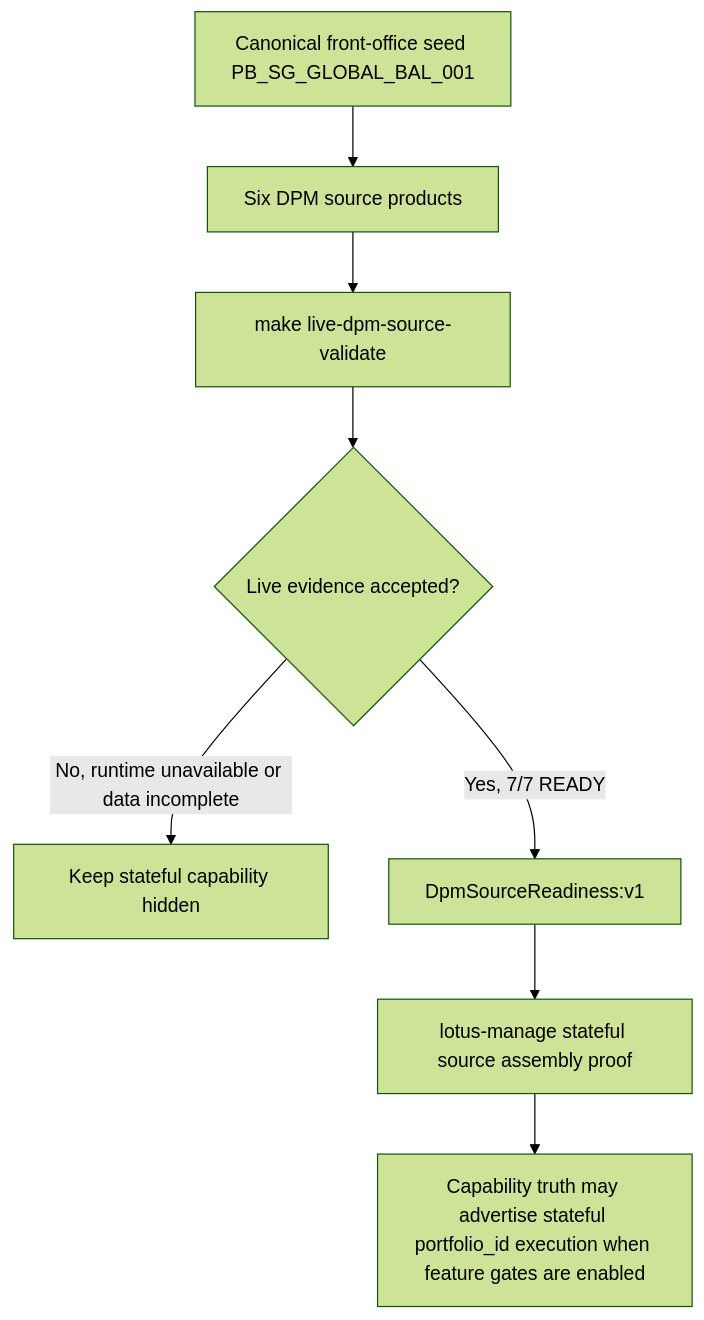
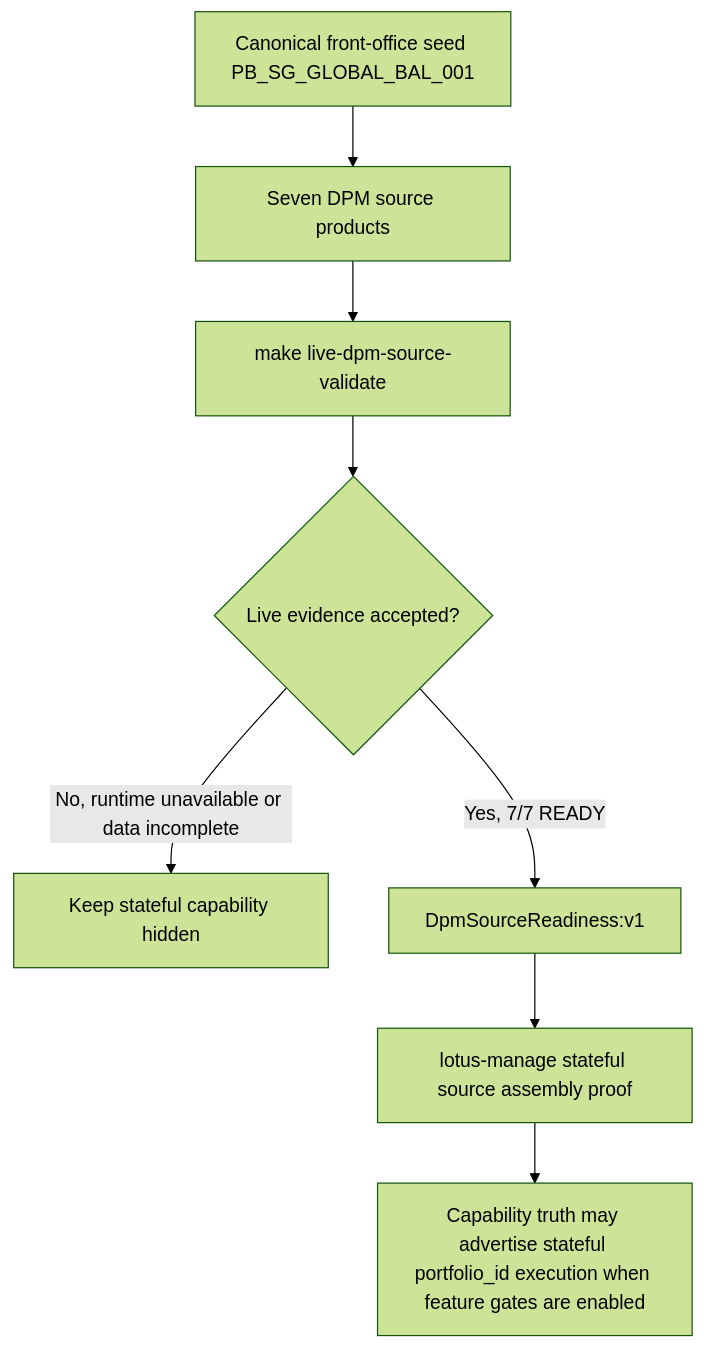
The second of 2 diagrams in wiki/Mesh-Data-Products.md (sgajbi/lotus-core), drawn with Mermaid (forest theme) before and after one commit. The commit also changed other lines of this file and 18 other files, not shown here.

````diff
--- a/wiki/Mesh-Data-Products.md
+++ b/wiki/Mesh-Data-Products.md
@@ -86,10 +90,10 @@
 ```mermaid
 flowchart TD
-    Seed[Canonical front-office seed PB_SG_GLOBAL_BAL_001] --> CoreProducts[Six DPM source products]
+    Seed[Canonical front-office seed PB_SG_GLOBAL_BAL_001] --> CoreProducts[Seven DPM source products]
     CoreProducts --> LiveValidator[make live-dpm-source-validate]
     LiveValidator --> Evidence{Live evidence accepted?}
     Evidence -->|No, runtime unavailable or data incomplete| Blocked[Keep stateful capability hidden]
     Evidence -->|Yes, 7/7 READY| Readiness[DpmSourceReadiness:v1]
     Readiness --> ManageProof[lotus-manage stateful source assembly proof]
     ManageProof --> Promote[Capability truth may advertise stateful portfolio_id execution when feature gates are enabled]
 ```
````
